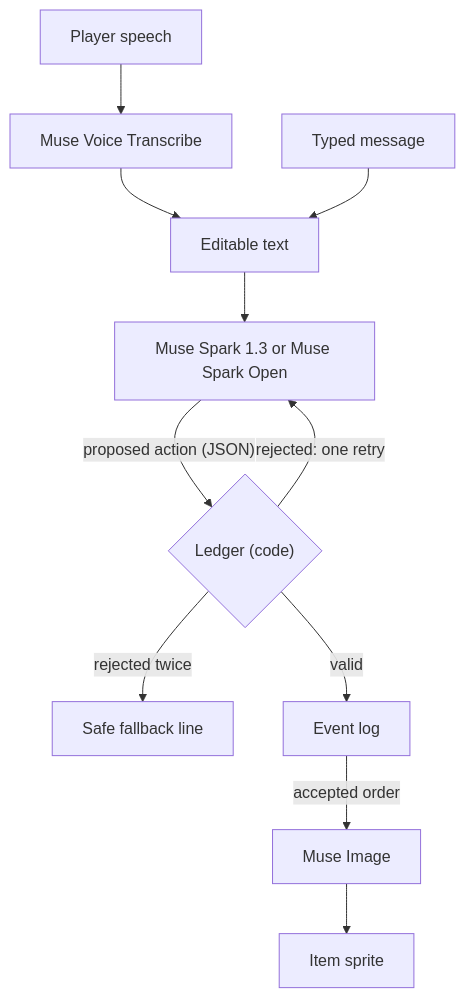
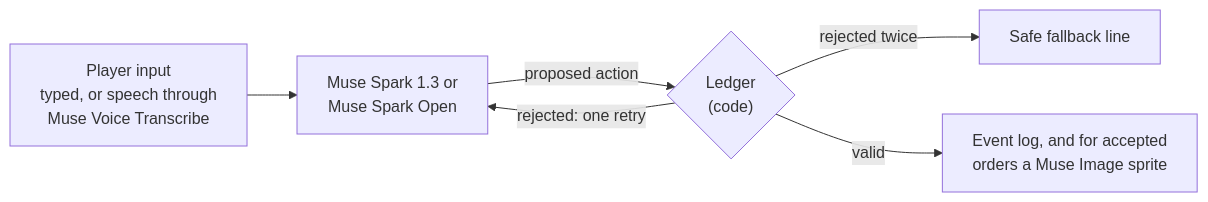
Before and after one commit to petar227p/npc-workshop: the diagram in README.md, drawn with Mermaid.

Commit message:
Simplify the README diagram so it fits the page

````diff
--- a/README.md
+++ b/README.md
@@ -65,13 +65,8 @@
 ```mermaid
-flowchart TD
-    Speech["Player speech"] --> Voice["Muse Voice Transcribe"]
-    Voice --> Text["Editable text"]
-    Typed["Typed message"] --> Text
-    Text --> Model["Muse Spark 1.3 or Muse Spark Open"]
-    Model -->|"proposed action (JSON)"| Ledger{"Ledger (code)"}
+flowchart LR
+    Input["Player input<br/>typed, or speech through<br/>Muse Voice Transcribe"] --> Model["Muse Spark 1.3 or<br/>Muse Spark Open"]
+    Model -->|"proposed action"| Ledger{"Ledger<br/>(code)"}
     Ledger -->|"rejected: one retry"| Model
     Ledger -->|"rejected twice"| Fallback["Safe fallback line"]
-    Ledger -->|"valid"| Events["Event log"]
-    Events -->|"accepted order"| Image["Muse Image"]
-    Image --> Sprite["Item sprite"]
+    Ledger -->|"valid"| Events["Event log, and for accepted<br/>orders a Muse Image sprite"]
 ```
````
